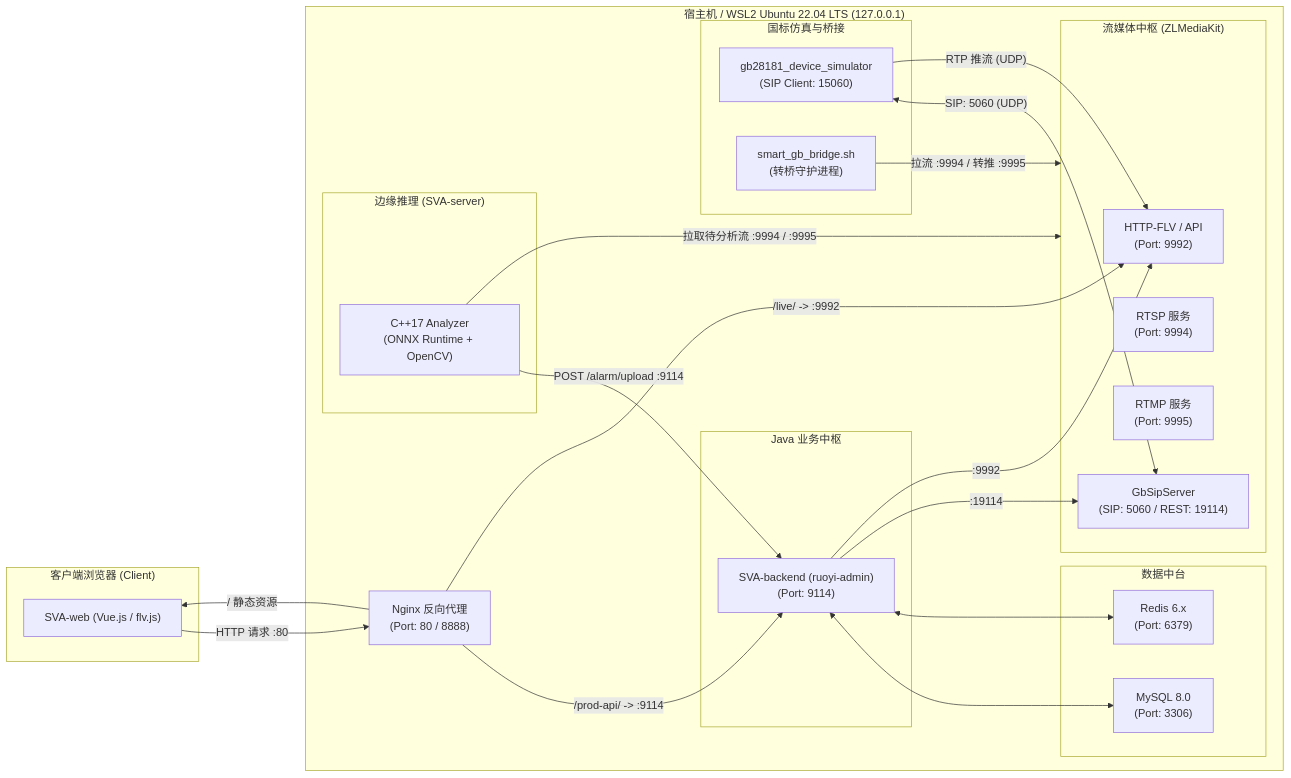
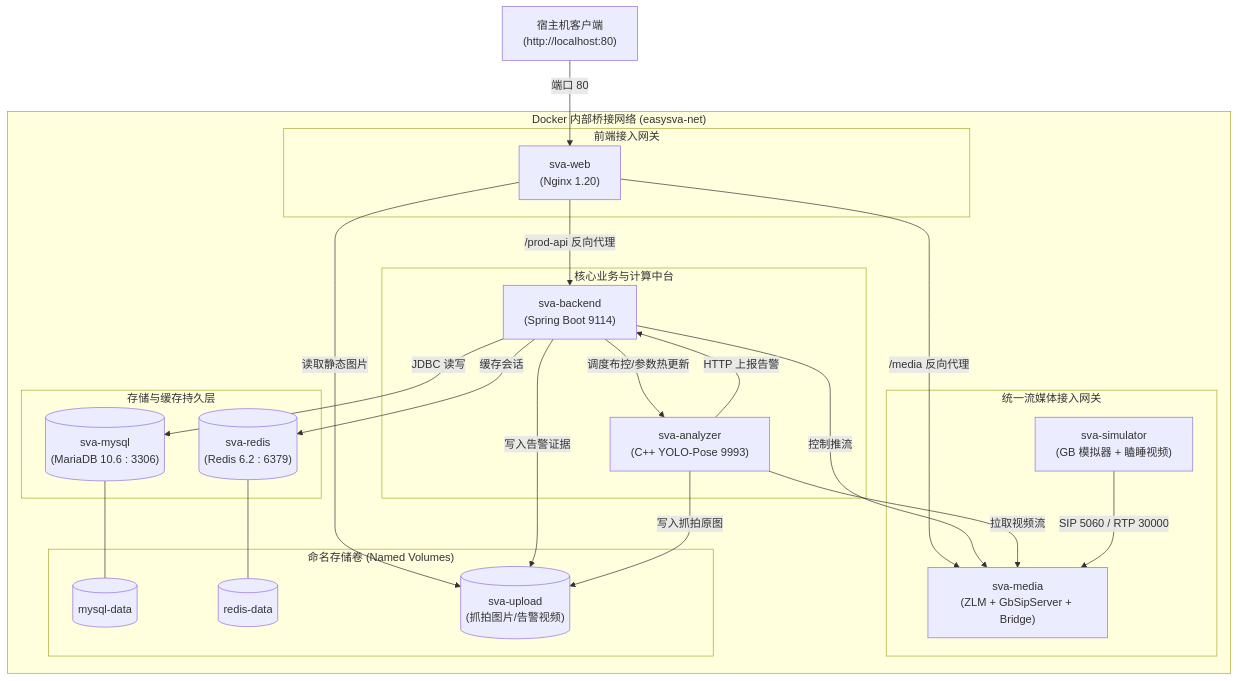
Before and after one commit to Elaina168/easySVA: the second of 4 diagrams in docs/course_deliverables/09_架构图.md, drawn with Mermaid. The commit also changed other lines of this file and 10 other files, not shown here.

Commit message:
docs: 交付 v2.5 全套软件工程设计、测试与运维规范文档及架构图集

````diff
--- a/docs/course_deliverables/09_架构图.md
+++ b/docs/course_deliverables/09_架构图.md
@@ -83,52 +88,49 @@
 ```mermaid
-graph LR
-    subgraph Browser["客户端浏览器 (Client)"]
-        WebUI["SVA-web (Vue.js / flv.js)"]
-    end
-
-    subgraph Host["宿主机 / WSL2 Ubuntu 22.04 LTS (127.0.0.1)"]
-        Nginx["Nginx 反向代理<br/>(Port: 80 / 8888)"]
-        
-        subgraph Backend["Java 业务中枢"]
-            JavaApp["SVA-backend (ruoyi-admin)<br/>(Port: 9114)"]
-        end
-        
-        subgraph Databases["数据中台"]
-            MySQL["MySQL 8.0<br/>(Port: 3306)"]
-            Redis["Redis 6.x<br/>(Port: 6379)"]
+graph TD
+    subgraph DockerBridgeNetwork["Docker 内部桥接网络 (easysva-net)"]
+        subgraph FrontTier["前端接入网关"]
+            SW["sva-web<br>(Nginx 1.20)"]
         end
 
-        subgraph Media["流媒体中枢 (ZLMediaKit)"]
-            ZLM_FLV["HTTP-FLV / API<br/>(Port: 9992)"]
-            ZLM_RTSP["RTSP 服务<br/>(Port: 9994)"]
-            ZLM_RTMP["RTMP 服务<br/>(Port: 9995)"]
-            SIP_SRV["GbSipServer<br/>(SIP: 5060 / REST: 19114)"]
+        subgraph CoreTier["核心业务与计算中台"]
+            SB["sva-backend<br>(Spring Boot 9114)"]
+            SA["sva-analyzer<br>(C++ YOLO-Pose 9993)"]
         end
 
-        subgraph AI["边缘推理 (SVA-server)"]
-            Analyzer["C++17 Analyzer<br/>(ONNX Runtime + OpenCV)"]
+        subgraph MediaTier["统一流媒体接入网关"]
+            SM["sva-media<br>(ZLM + GbSipServer + Bridge)"]
+            SS["sva-simulator<br>(GB 模拟器 + 瞌睡视频)"]
         end
 
-        subgraph Simulators["国标仿真与桥接"]
-            SimDev["gb28181_device_simulator<br/>(SIP Client: 15060)"]
-            BridgeSh["smart_gb_bridge.sh<br/>(转桥守护进程)"]
+        subgraph DataTier["存储与缓存持久层"]
+            SDB[("sva-mysql<br>(MariaDB 10.6 : 3306)")]
+            SRD[("sva-redis<br>(Redis 6.2 : 6379)")]
+        end
+
+        subgraph VolumeTier["命名存储卷 (Named Volumes)"]
+            V_DB[("mysql-data")]
+            V_RD[("redis-data")]
+            V_UP[("sva-upload<br>(抓拍图片/告警视频)")]
         end
     end
 
-    WebUI -->|"HTTP 请求 :80"| Nginx
-    Nginx -->|"/ 静态资源"| WebUI
-    Nginx -->|"/prod-api/ -> :9114"| JavaApp
-    Nginx -->|"/live/ -> :9992"| ZLM_FLV
-    
-    JavaApp <--> MySQL
-    JavaApp <--> Redis
-    JavaApp -->|":19114"| SIP_SRV
-    JavaApp -->|":9992"| ZLM_FLV
+    HostUser["宿主机客户端<br>(http://localhost:80)"] -->|"端口 80"| SW
+    SW -->|"/prod-api 反向代理"| SB
+    SW -->|"/media 反向代理"| SM
+    SW -->|"读取静态图片"| V_UP
 
-    SimDev <-->|"SIP: 5060 (UDP)"| SIP_SRV
-    SimDev -->|"RTP 推流 (UDP)"| ZLM_FLV
-    BridgeSh -->|"拉流 :9994 / 转推 :9995"| Media
-    
-    Analyzer -->|"拉取待分析流 :9994 / :9995"| Media
-    Analyzer -->|"POST /alarm/upload :9114"| JavaApp
+    SB -->|"JDBC 读写"| SDB
+    SB -->|"缓存会话"| SRD
+    SB -->|"控制推流"| SM
+    SB -->|"调度布控/参数热更新"| SA
+    SB -->|"写入告警证据"| V_UP
+
+    SA -->|"拉取视频流"| SM
+    SA -->|"HTTP 上报告警"| SB
+    SA -->|"写入抓拍原图"| V_UP
+
+    SS -->|"SIP 5060 / RTP 30000"| SM
+
+    SDB --- V_DB
+    SRD --- V_RD
 ```
````
